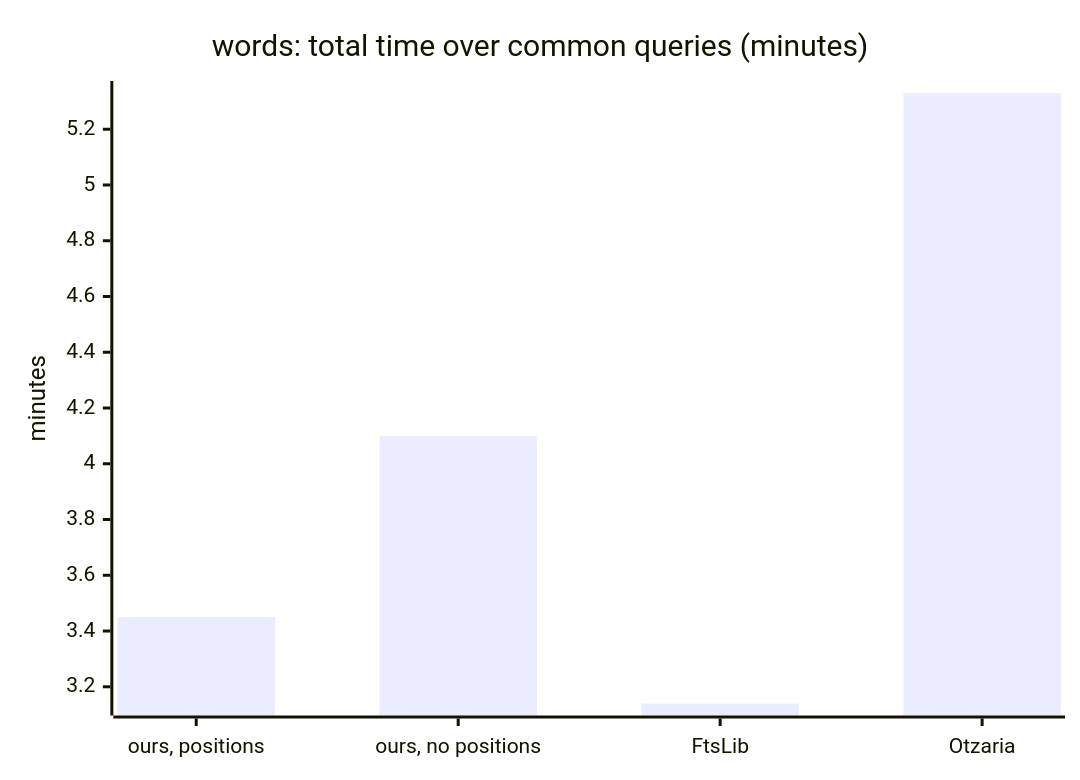
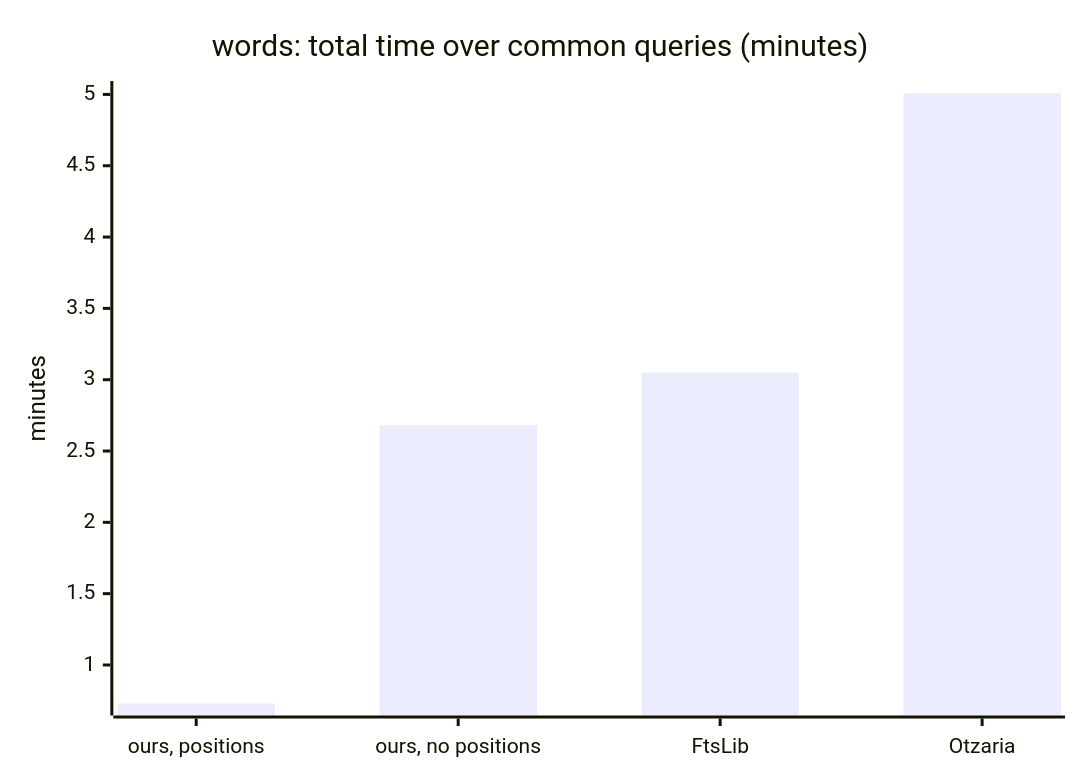
Before and after one commit to KleiKodesh/SeforimLibrarySearchEngine: the sixth of 11 diagrams in FTS-SPECS-AND-COMPARISONS.md, drawn with Mermaid. The commit also changed other lines of this file and 35 other files, not shown here.

````diff
--- a/FTS-SPECS-AND-COMPARISONS.md
+++ b/FTS-SPECS-AND-COMPARISONS.md
@@ -413,7 +407,7 @@
 ```mermaid
 xychart-beta
     title "words: total time over common queries (minutes)"
     x-axis ["ours, positions", "ours, no positions", "FtsLib", "Otzaria"]
     y-axis "minutes"
-    bar [3.45, 4.10, 3.14, 5.33]
+    bar [0.73, 2.68, 3.05, 5.01]
 ```
````
